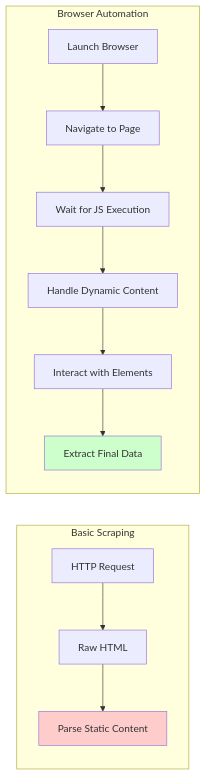
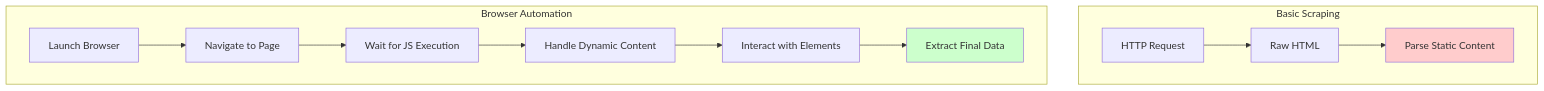
The second of 3 diagrams in _posts/2025-04-26-beyond-basic-requests-when-scraper-needs-browser.md (bytetunnels/bytetunnels.github.com), drawn with Mermaid before and after one commit. The commit also changed other lines of this file and 25 other files, not shown here.

Commit message:
chore: fixed mermaid charts

````diff
--- a/_posts/2025-04-26-beyond-basic-requests-when-scraper-needs-browser.md
+++ b/_posts/2025-04-26-beyond-basic-requests-when-scraper-needs-browser.md
@@ -71,18 +71,27 @@
 ```mermaid
-flowchart LR
-    subgraph "Basic Scraping"
-        A1[HTTP Request] --> A2[Raw HTML]
-        A2 --> A3[Parse Static Content]
+flowchart TD
+    subgraph BS["Basic Scraping"]
+        A1[HTTP Request]
+        A2[Raw HTML]
+        A3[Parse Static Content]
+        A1 --> A2
+        A2 --> A3
     end
-    
-    subgraph "Browser Automation"
-        B1[Launch Browser] --> B2[Navigate to Page]
-        B2 --> B3[Wait for JS Execution]
-        B3 --> B4[Handle Dynamic Content]
-        B4 --> B5[Interact with Elements]
-        B5 --> B6[Extract Final Data]
+
+    subgraph BA["Browser Automation"]
+        B1[Launch Browser]
+        B2[Navigate to Page]
+        B3[Wait for JS Execution]
+        B4[Handle Dynamic Content]
+        B5[Interact with Elements]
+        B6[Extract Final Data]
+        B1 --> B2
+        B2 --> B3
+        B3 --> B4
+        B4 --> B5
+        B5 --> B6
     end
-    
+
     style A3 fill:#ffcccc
     style B6 fill:#ccffcc
 ```
````
